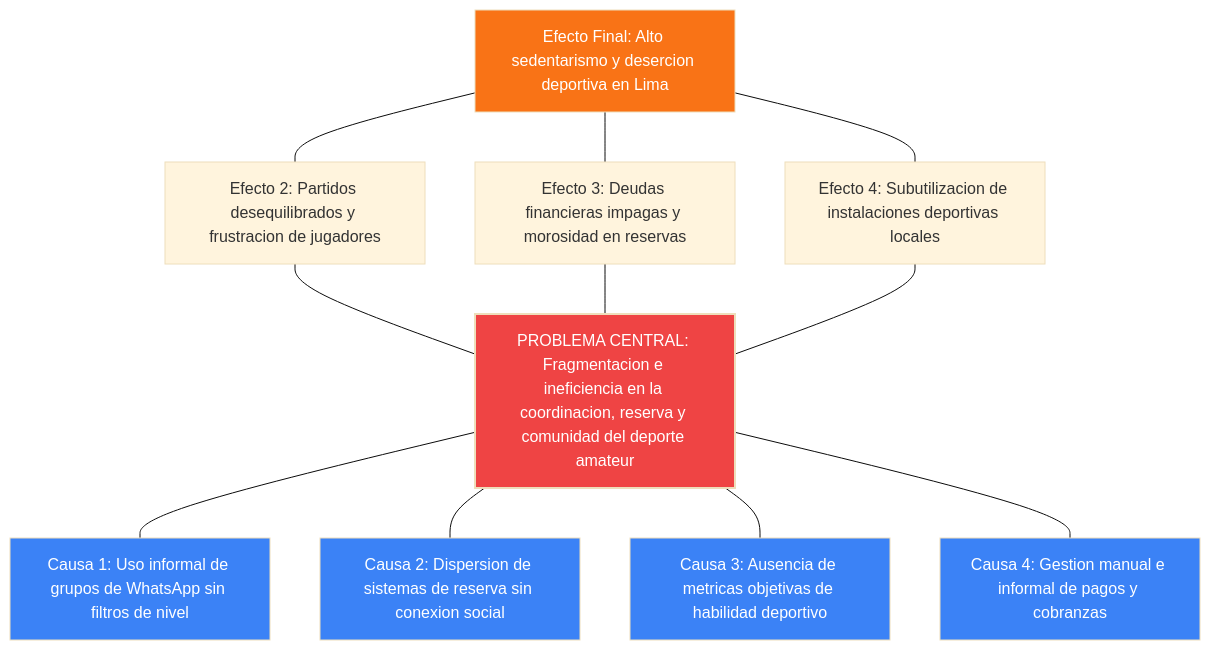
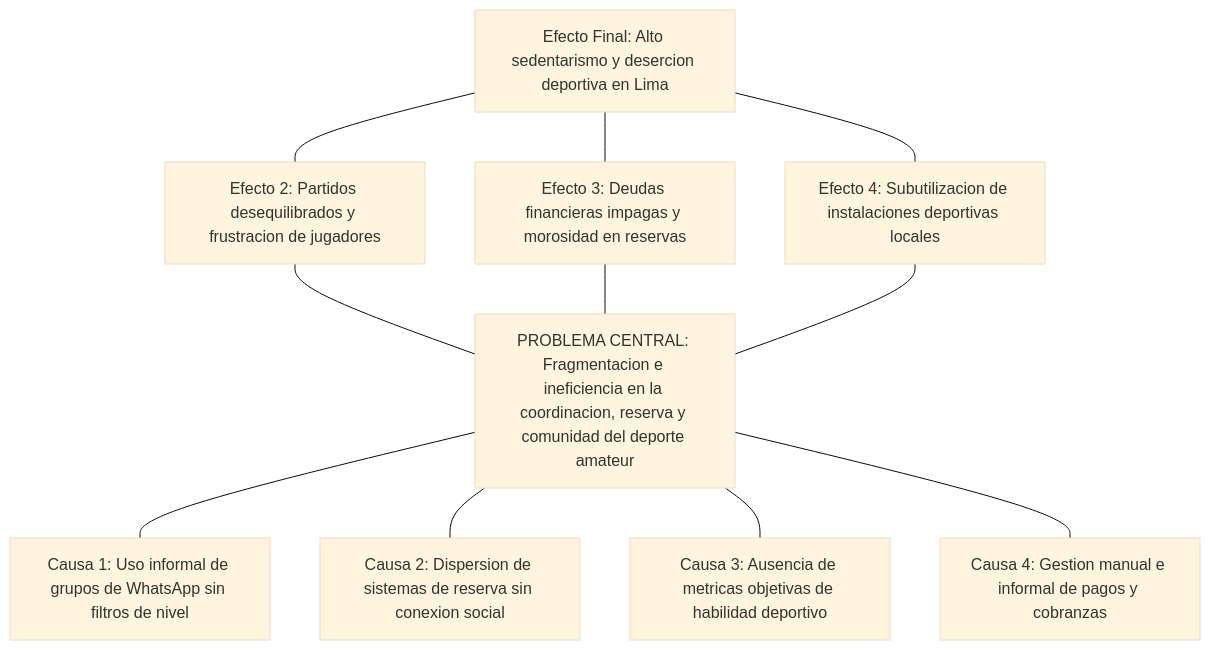
One commit to jojiz29/sportmatch-connect changed the first of 9 diagrams in TESIS_FINAL_SPORTMATCH_ES.md. Above: the diagram before and after it, drawn with Mermaid (base theme). The commit also changed other lines of this file and 7 other files, not shown here.

````diff
--- a/TESIS_FINAL_SPORTMATCH_ES.md
+++ b/TESIS_FINAL_SPORTMATCH_ES.md
@@ -259,32 +136,25 @@
 ```mermaid
 graph TD
     EF1[Efecto Final: Alto sedentarismo y desercion deportiva en Lima]
     EF2[Efecto 2: Partidos desequilibrados y frustracion de jugadores]
     EF3[Efecto 3: Deudas financieras impagas y morosidad en reservas]
     EF4[Efecto 4: Subutilizacion de instalaciones deportivas locales]
     
     PC[PROBLEMA CENTRAL: Fragmentacion e ineficiencia en la coordinacion, reserva y comunidad del deporte amateur]
     
     C1[Causa 1: Uso informal de grupos de WhatsApp sin filtros de nivel]
     C2[Causa 2: Dispersion de sistemas de reserva sin conexion social]
     C3[Causa 3: Ausencia de metricas objetivas de habilidad deportivo]
     C4[Causa 4: Gestion manual e informal de pagos y cobranzas]
     
     EF1 --- EF2
     EF1 --- EF3
     EF1 --- EF4
     EF2 --- PC
     EF3 --- PC
     EF4 --- PC
     PC --- C1
     PC --- C2
     PC --- C3
     PC --- C4
-    
-    style PC fill:#ef4444,color:#fff,stroke-width:2px
-    style EF1 fill:#f97316,color:#fff
-    style C1 fill:#3b82f6,color:#fff
-    style C2 fill:#3b82f6,color:#fff
-    style C3 fill:#3b82f6,color:#fff
-    style C4 fill:#3b82f6,color:#fff
 ```
````
